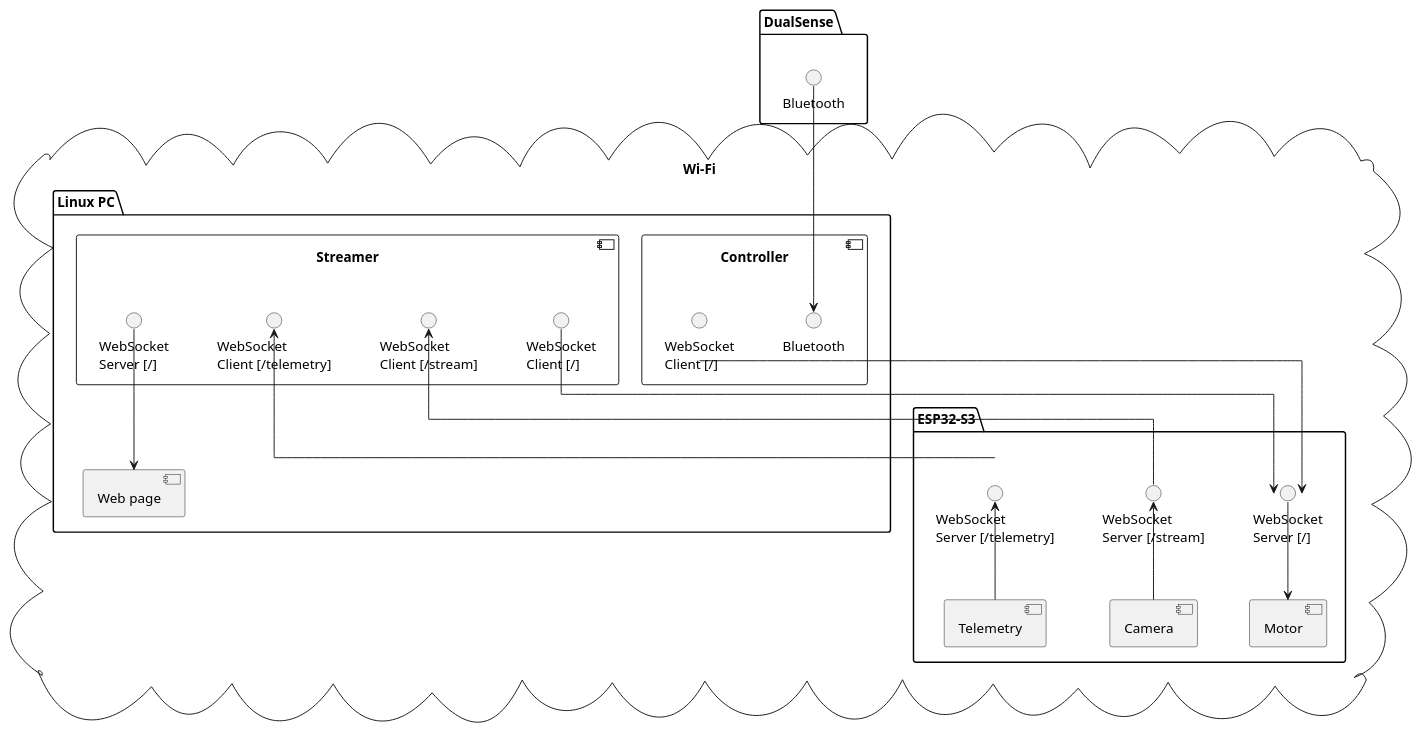
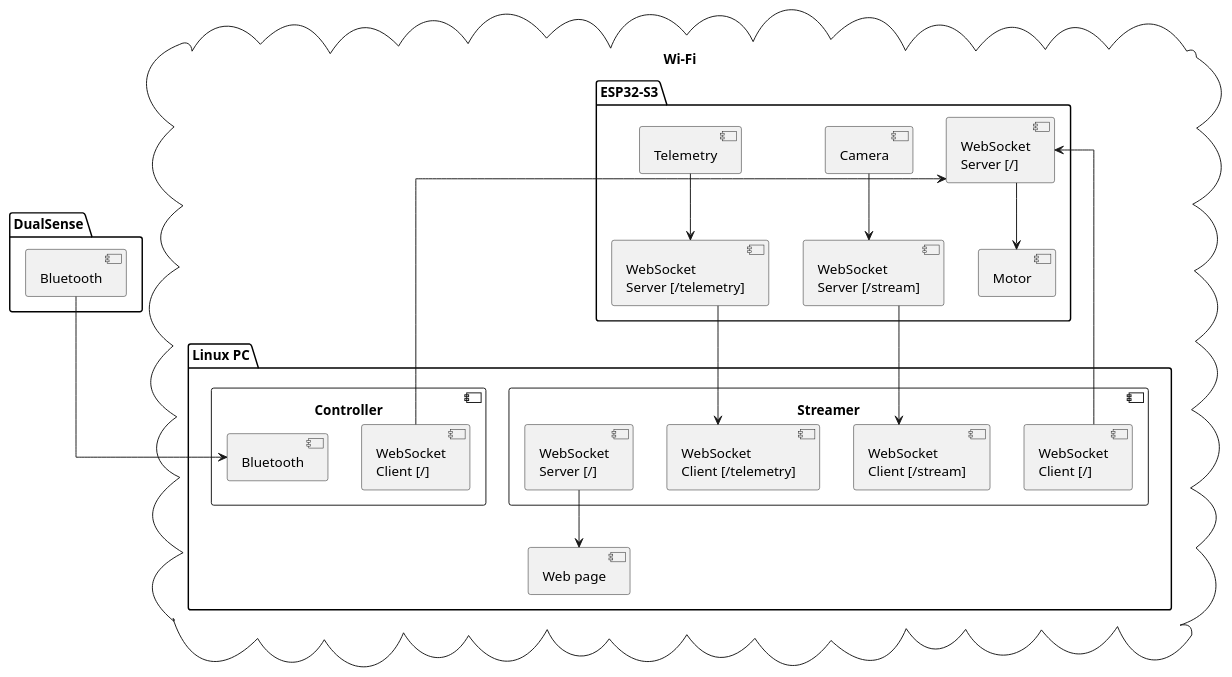
The diagram in docs/plantuml/copper-components.puml (ltowarek/dust-mite), drawn with PlantUML before and after one commit. The commit also changed 7 other files, not shown here.

```diff
--- a/docs/plantuml/copper-components.puml
+++ b/docs/plantuml/copper-components.puml
@@ -1,46 +1,47 @@
 @startuml copper-components
 skinparam linetype ortho
 
 package "DualSense" {
-	interface "Bluetooth" as IF_BT_DS
+	component "Bluetooth" as DS_BT
 }
 
 cloud "Wi-Fi" {
 	package "Linux PC" {
-		component "Controller" as PC_CTRL {
-		    interface "Bluetooth" as IF_BT_PC_CTRL
-            interface "WebSocket\nClient [/]" as IF_WS_CLIENT_PC_CTRL
+		component "Controller" as PC_CONTROLLER {
+		    component "Bluetooth" as PC_BT
+            component "WebSocket\nClient [/]" as PC_CONTROLLER_WS_CLIENT_CONTROL
         }
 		component "Streamer" as PC_STREAMER {
-            interface "WebSocket\nClient [/]" as IF_WS_CLIENT_PC_STREAMER_CTRL
-            interface "WebSocket\nClient [/stream]" as IF_WS_CLIENT_PC_STREAMER_STREAM
-            interface "WebSocket\nClient [/telemetry]" as IF_WS_CLIENT_PC_STREAMER_TELEMETRY
-            interface "WebSocket\nServer [/]" as IF_WS_SERVER_PC_STREAMER
+            component "WebSocket\nClient [/]" as PC_STREAMER_WS_CLIENT_CONTROL
+            component "WebSocket\nClient [/stream]" as PC_STREAMER_WS_CLIENT_STREAM
+            component "WebSocket\nClient [/telemetry]" as PC_STREAMER_WS_CLIENT_TELEMETRY
+            component "WebSocket\nServer [/]" as PC_STREAMER_WS_SERVER_WEB
         }
 		component "Web page" as PC_WEB
-
-        IF_WS_SERVER_PC_STREAMER --> PC_WEB
 	}
 
 	package "ESP32-S3" {
-		component "Motor" as RB_MOTOR
-		component "Telemetry" as RB_TELEMETRY
-		component "Camera" as RB_CAMERA
+		component "Motor" as ESP_MOTOR
+		component "Telemetry" as ESP_TELEMETRY
+		component "Camera" as ESP_CAMERA
 
-        interface "WebSocket\nServer [/]" as IF_WS_SERVER_RB_CTRL
-        interface "WebSocket\nServer [/stream]" as IF_WS_SERVER_RB_STREAM
-        interface "WebSocket\nServer [/telemetry]" as IF_WS_SERVER_RB_TELEMETRY
-
-        IF_WS_SERVER_RB_CTRL --> RB_MOTOR
-        IF_WS_SERVER_RB_TELEMETRY <-- RB_TELEMETRY
-        IF_WS_SERVER_RB_STREAM <-- RB_CAMERA
+        component "WebSocket\nServer [/]" as ESP_WS_SERVER_CONTROL
+        component "WebSocket\nServer [/stream]" as ESP_WS_SERVER_STREAM
+        component "WebSocket\nServer [/telemetry]" as ESP_WS_SERVER_TELEMETRY
 	}
 }
 
-IF_BT_DS --> IF_BT_PC_CTRL
-IF_WS_CLIENT_PC_CTRL --> IF_WS_SERVER_RB_CTRL
-IF_WS_CLIENT_PC_STREAMER_STREAM <-- IF_WS_SERVER_RB_STREAM
-IF_WS_CLIENT_PC_STREAMER_TELEMETRY <-- IF_WS_SERVER_RB_TELEMETRY
-IF_WS_CLIENT_PC_STREAMER_CTRL --> IF_WS_SERVER_RB_CTRL
+DS_BT --> PC_BT
+
+PC_STREAMER_WS_SERVER_WEB --> PC_WEB
+
+PC_CONTROLLER_WS_CLIENT_CONTROL --> ESP_WS_SERVER_CONTROL
+ESP_WS_SERVER_STREAM --> PC_STREAMER_WS_CLIENT_STREAM
+ESP_WS_SERVER_TELEMETRY --> PC_STREAMER_WS_CLIENT_TELEMETRY
+PC_STREAMER_WS_CLIENT_CONTROL --> ESP_WS_SERVER_CONTROL
+
+ESP_WS_SERVER_CONTROL --> ESP_MOTOR
+ESP_TELEMETRY --> ESP_WS_SERVER_TELEMETRY
+ESP_CAMERA --> ESP_WS_SERVER_STREAM
 
 @enduml
```
